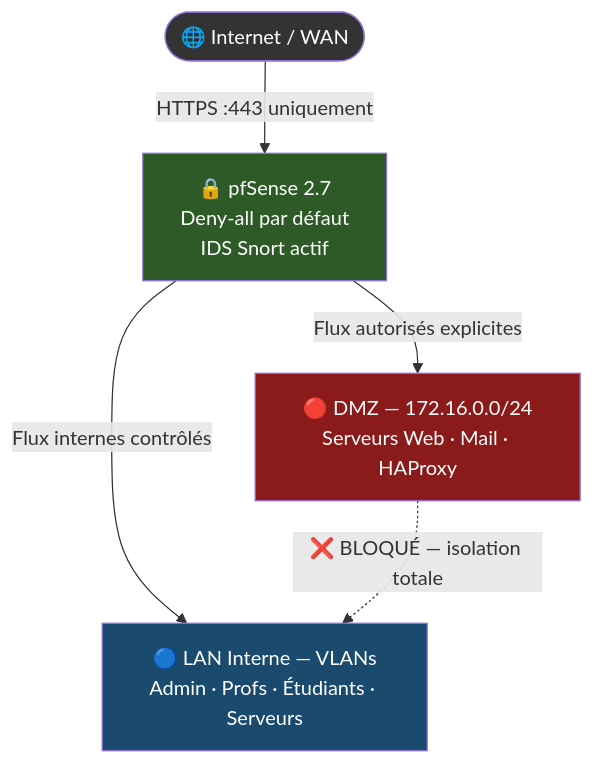
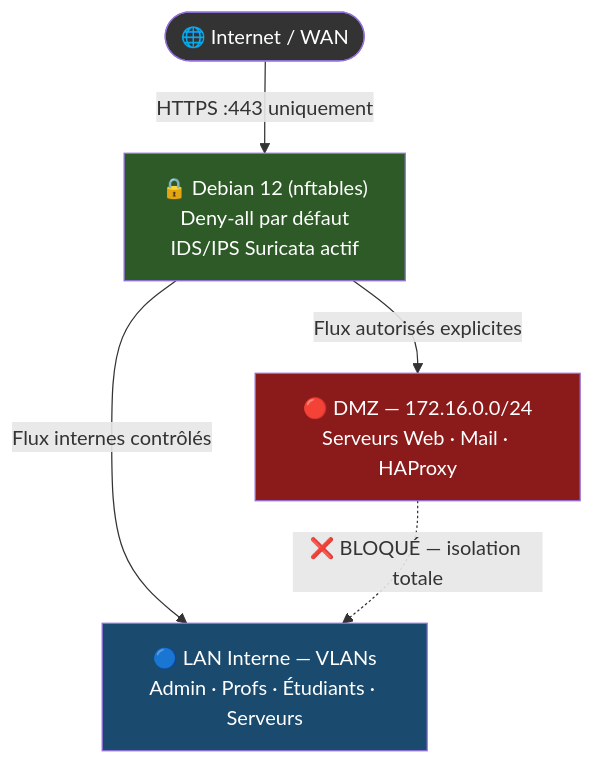
Before and after one commit to Vinceadr/RP-05-Audit-Securite: the fourth of 12 diagrams in gamma-rp05-complet.md, drawn with Mermaid. The commit also changed other lines of this file and 4 other files, not shown here.

First line of the commit message:
Remplacement pfSense/Snort/Fail2ban -> nftables/Suricata/CrowdSec dans tous les docs

````diff
--- a/gamma-rp05-complet.md
+++ b/gamma-rp05-complet.md
@@ -102,15 +102,15 @@
 ```mermaid
 graph TD
     WAN(["🌐 Internet / WAN"])
-    FW["🔒 pfSense 2.7\nDeny-all par défaut\nIDS Snort actif"]
+    FW["🔒 Debian 12 (nftables)\nDeny-all par défaut\nIDS/IPS Suricata actif"]
     DMZ["🔴 DMZ — 172.16.0.0/24\nServeurs Web · Mail · HAProxy"]
     LAN["🔵 LAN Interne — VLANs\nAdmin · Profs · Étudiants · Serveurs"]
     WAN -->|"HTTPS :443 uniquement"| FW
     FW -->|"Flux autorisés explicites"| DMZ
     FW -->|"Flux internes contrôlés"| LAN
     DMZ -.->|"❌ BLOQUÉ — isolation totale"| LAN
     style FW fill:#2d5a27,color:#fff
     style DMZ fill:#8b1a1a,color:#fff
     style LAN fill:#1a4a6e,color:#fff
     style WAN fill:#333,color:#fff
 ```
````
